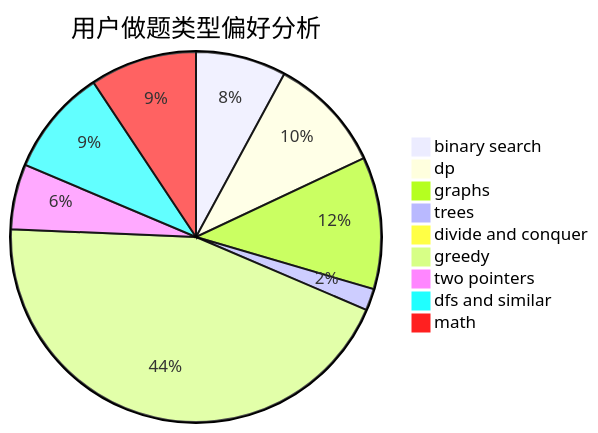
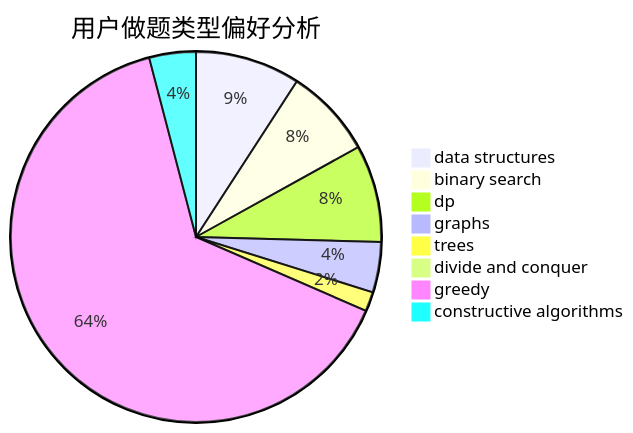
Before and after one commit to sherpahu/cfrs.github.io: the second of 3 diagrams in docs/user/u1415.md, drawn with Mermaid. The commit also changed other lines of this file and 2775 other files, not shown here.

````diff
--- a/docs/user/u1415.md
+++ b/docs/user/u1415.md
@@ -23,12 +23,11 @@
 ```mermaid
 pie title 用户做题类型偏好分析
-    "binary search" :  50
-    "dp" :  64
-    "graphs" :  73
-    "trees" :  12
+    "data structures" :  27
+    "binary search" :  23
+    "dp" :  25
+    "graphs" :  13
+    "trees" :  5
     "divide and conquer" :  1
-    "greedy" :  280
-    "two pointers" :  36
-    "dfs and similar" :  59
-    "math" :  59
+    "greedy" :  190
+    "constructive algorithms" :  12
 ```
````
